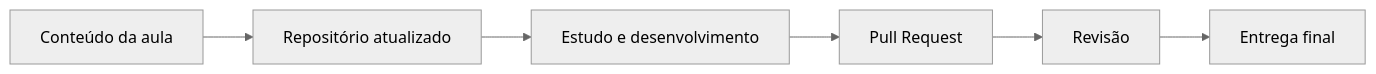
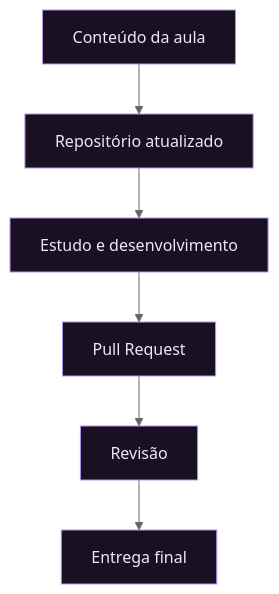
The diagram in profile/README.md (1TDSPO-26/.github), drawn with Mermaid (neutral theme) before and after one commit. The commit also changed other lines of this file and 16 other files, not shown here.

````diff
--- a/profile/README.md
+++ b/profile/README.md
@@ -198,8 +167,10 @@
 ```mermaid
-flowchart LR
+flowchart TD
     A[Conteúdo da aula] --> B[Repositório atualizado]
     B --> C[Estudo e desenvolvimento]
     C --> D[Pull Request]
     D --> E[Revisão]
     E --> F[Entrega final]
+    classDef spectral fill:#191022,stroke:#b395ee,color:#eee8fa
+    class A,B,C,D,E,F spectral
 ```
````
